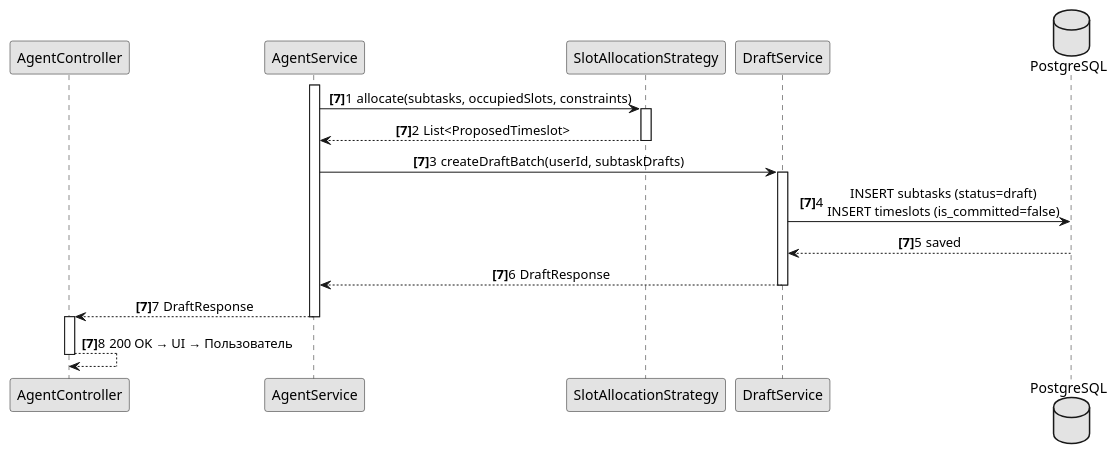
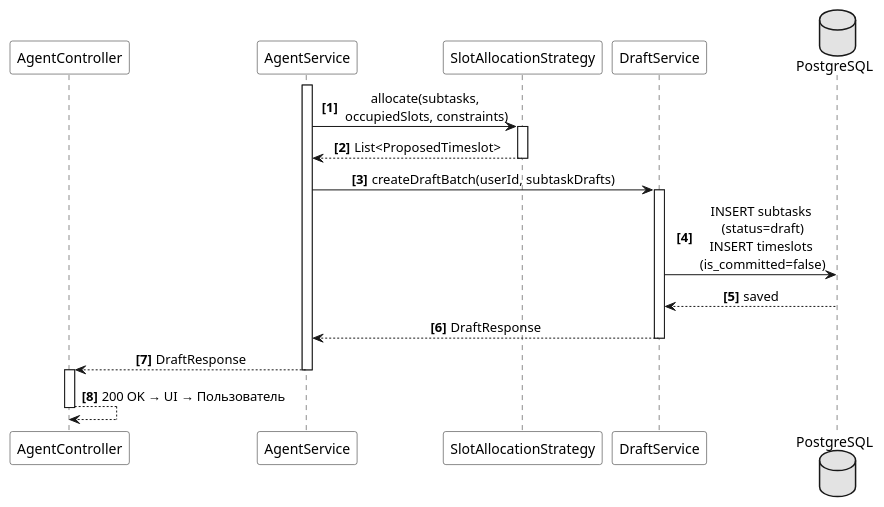
Before and after one commit to Hohichh/Diploma-project-notes: the diagram in diagrams/v2/seq/sequence_generation_v2_part2.puml, drawn with PlantUML. The commit also changed 58 other files, not shown here.

```diff
--- a/diagrams/v2/seq/sequence_generation_v2_part2.puml
+++ b/diagrams/v2/seq/sequence_generation_v2_part2.puml
@@ -1,35 +1,36 @@
 @startuml
 skinparam monochrome true
 skinparam shadowing false
 skinparam sequenceMessageAlign center
 skinparam defaultFontName Arial
+skinparam ParticipantBackgroundColor transparent
 
-autonumber "<b>[7]</b>"
+autonumber "<b>[0]</b>"
 
 participant "AgentController" as Ctrl
 participant "AgentService" as Agent
 participant "SlotAllocationStrategy" as Algo
 participant "DraftService" as Draft
 database "PostgreSQL" as DB
 
 activate Agent
 
-Agent -> Algo : allocate(subtasks, occupiedSlots, constraints)
+Agent -> Algo : allocate(subtasks,\n occupiedSlots, constraints)
 activate Algo
 Algo --> Agent : List<ProposedTimeslot>
 deactivate Algo
 
 Agent -> Draft : createDraftBatch(userId, subtaskDrafts)
 activate Draft
-Draft -> DB : INSERT subtasks (status=draft)\nINSERT timeslots (is_committed=false)
+Draft -> DB : INSERT subtasks\n (status=draft)\nINSERT timeslots\n (is_committed=false)
 DB --> Draft : saved
 Draft --> Agent : DraftResponse
 deactivate Draft
 
 Agent --> Ctrl : DraftResponse
 deactivate Agent
 activate Ctrl
 Ctrl --> Ctrl : 200 OK → UI → Пользователь
 deactivate Ctrl
 
 @enduml
```
